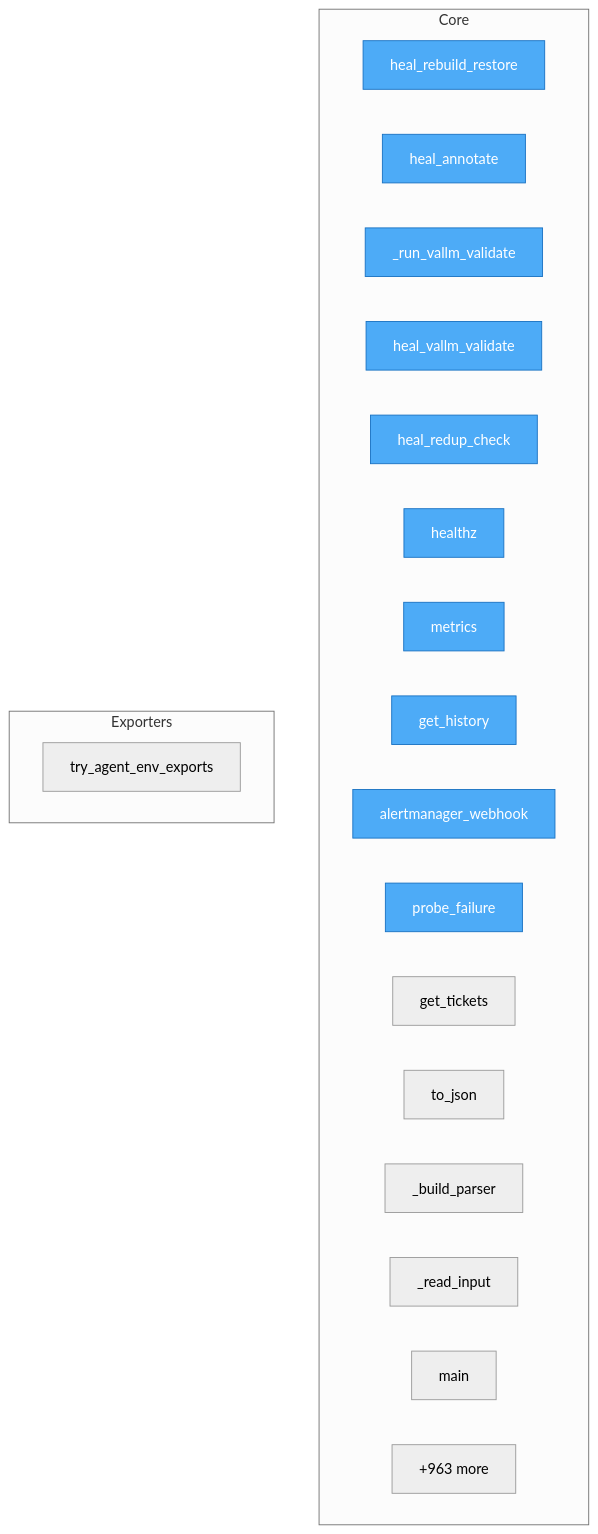
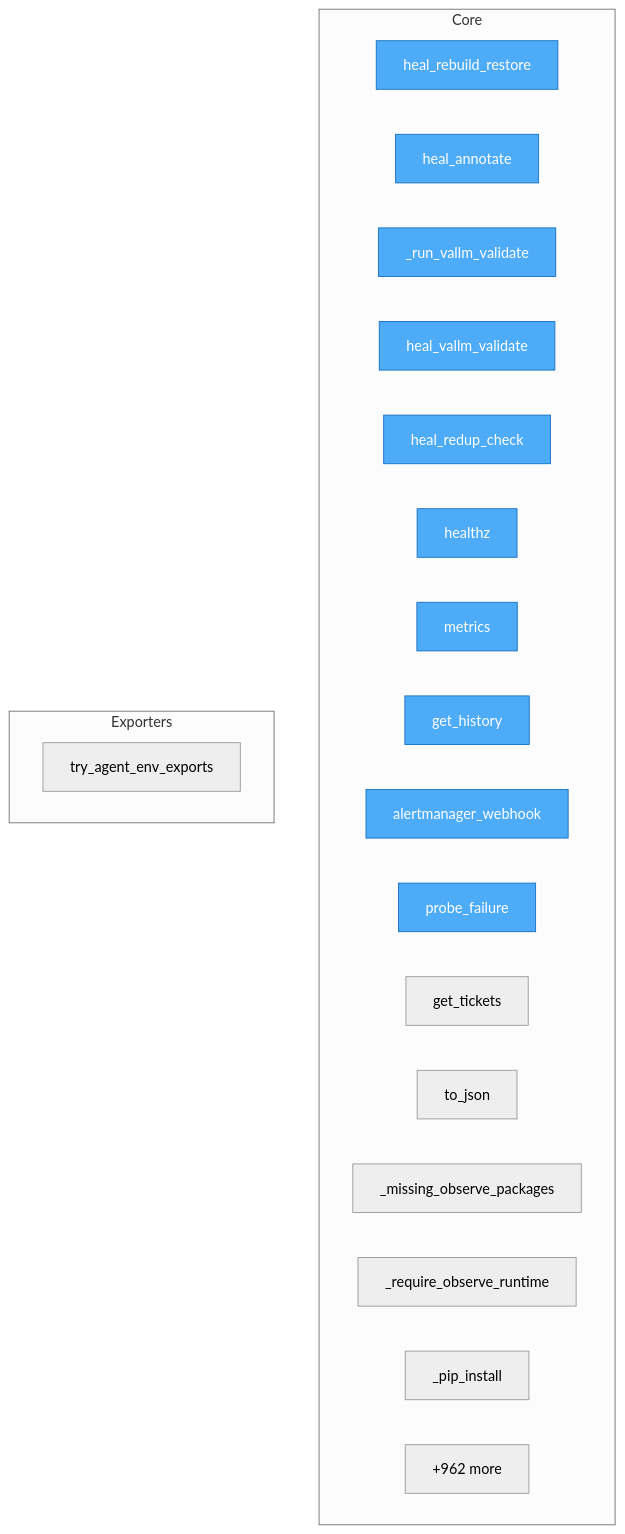
The diagram in project/flow.mmd (semcod/koru), drawn with Mermaid (neutral theme) before and after one commit. The commit also changed 31 other files, not shown here.

```diff
--- a/project/flow.mmd
+++ b/project/flow.mmd
@@ -1,30 +1,30 @@
 flowchart TD
-%% generated in 0.12s
+%% generated in 0.09s
 
     %% Entry points (blue)
     classDef entry fill:#4dabf7,stroke:#1971c2,color:#fff
 
     subgraph Core
         services__healing_webhook__app__heal_rebuild_restore["heal_rebuild_restore"]
         services__healing_webhook__app__heal_annotate["heal_annotate"]
         services__healing_webhook__app___run_vallm_validate["_run_vallm_validate"]
         services__healing_webhook__app__heal_vallm_validate["heal_vallm_validate"]
         services__healing_webhook__app__heal_redup_check["heal_redup_check"]
         services__healing_webhook__app__healthz["healthz"]
         services__healing_webhook__app__metrics["metrics"]
         services__healing_webhook__app__get_history["get_history"]
         services__healing_webhook__app__alertmanager_webhook["alertmanager_webhook"]
         services__healing_webhook__app__probe_failure["probe_failure"]
         services__healing_webhook__app__get_tickets["get_tickets"]
         src__koruobserve__lifecycle__ObserveProcesses__to_json["to_json"]
-        src__korudsl__cli___build_parser["_build_parser"]
-        src__korudsl__cli___read_input["_read_input"]
-        src__korudsl__cli__main["main"]
-        ...["+963 more"]
+        src__koruobserve__cli___missing_observe_packages["_missing_observe_packages"]
+        src__koruobserve__cli___require_observe_runtime["_require_observe_runtime"]
+        src__koruobserve__cli___pip_install["_pip_install"]
+        ...["+962 more"]
     end
 
     subgraph Exporters
         src__koru__agent_cli_helpers__try_agent_env_exports["try_agent_env_exports"]
     end
 
     class services__healing_webhook__app__heal_rebuild_restore,services__healing_webhook__app__heal_annotate,services__healing_webhook__app___run_vallm_validate,services__healing_webhook__app__heal_vallm_validate,services__healing_webhook__app__heal_redup_check,services__healing_webhook__app__healthz,services__healing_webhook__app__metrics,services__healing_webhook__app__get_history,services__healing_webhook__app__alertmanager_webhook,services__healing_webhook__app__probe_failure entry
```
